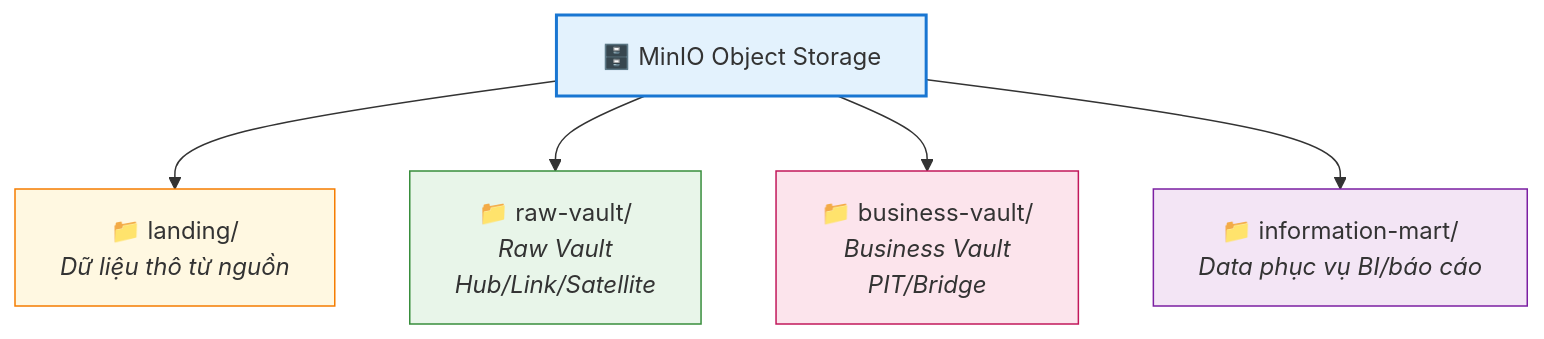
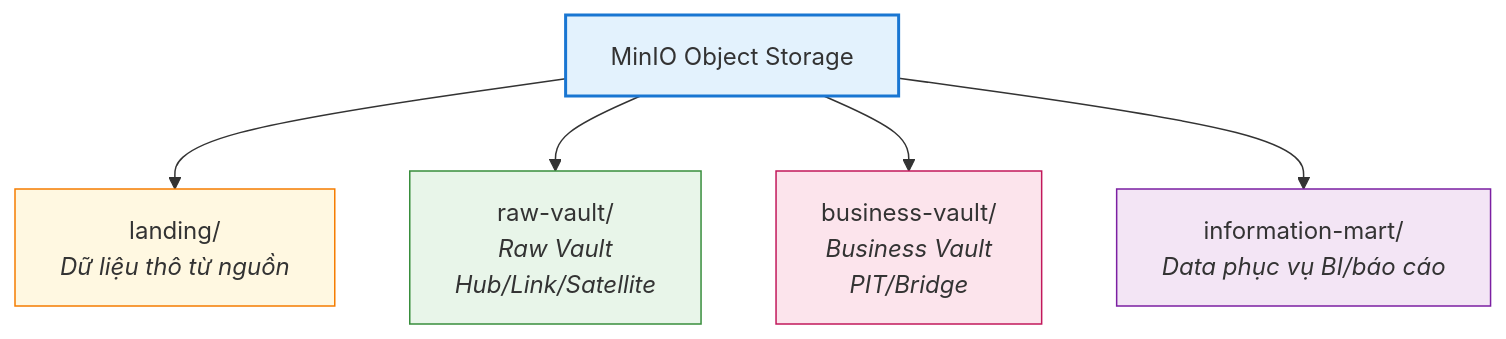
Before and after one commit to trangtoan293/hanas-doc: the diagram in website/docs/02-storage/README.md, drawn with Mermaid. The commit also changed 133 other files, not shown here.

````diff
--- a/website/docs/02-storage/README.md
+++ b/website/docs/02-storage/README.md
@@ -15,13 +15,13 @@
 ```mermaid
 graph TD
-    MinIO["🗄️ MinIO Object Storage"] --> Landing["📁 landing/<br/><i>Dữ liệu thô từ nguồn</i>"]
-    MinIO --> RawVault["📁 raw-vault/<br/><i>Raw Vault<br/>Hub/Link/Satellite</i>"]
-    MinIO --> BusinessVault["📁 business-vault/<br/><i>Business Vault<br/>PIT/Bridge</i>"]
-    MinIO --> InfoMart["📁 information-mart/<br/><i>Data phục vụ BI/báo cáo</i>"]
+    MinIO["MinIO Object Storage"] --> Landing["landing/<br/><i>Dữ liệu thô từ nguồn</i>"]
+    MinIO --> RawVault["raw-vault/<br/><i>Raw Vault<br/>Hub/Link/Satellite</i>"]
+    MinIO --> BusinessVault["business-vault/<br/><i>Business Vault<br/>PIT/Bridge</i>"]
+    MinIO --> InfoMart["information-mart/<br/><i>Data phục vụ BI/báo cáo</i>"]
     
     style MinIO fill:#e3f2fd,stroke:#1976d2,stroke-width:2px
     style Landing fill:#fff8e1,stroke:#f57c00
     style RawVault fill:#e8f5e9,stroke:#388e3c
     style BusinessVault fill:#fce4ec,stroke:#c2185b
     style InfoMart fill:#f3e5f5,stroke:#7b1fa2
 ```
````
